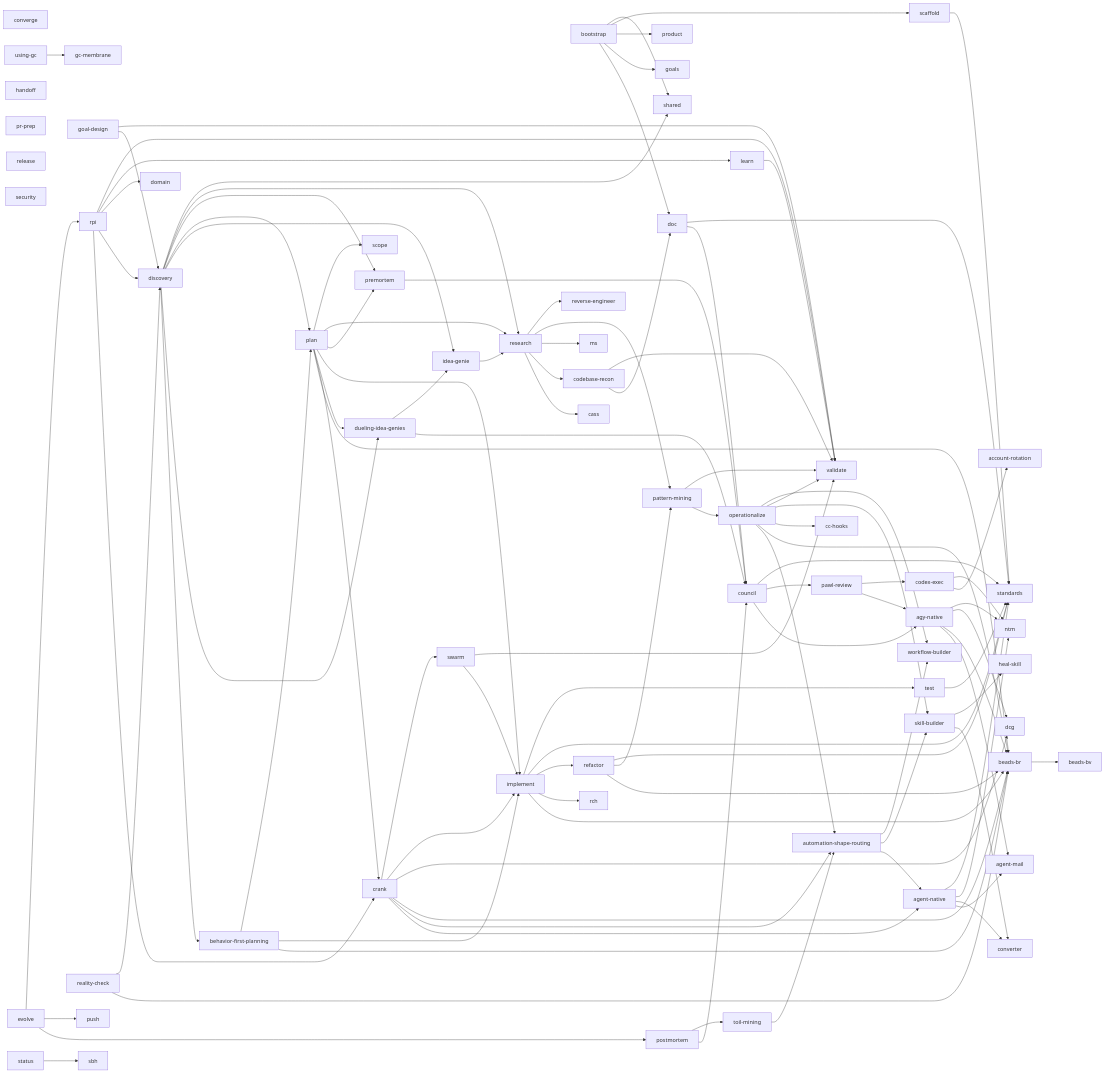
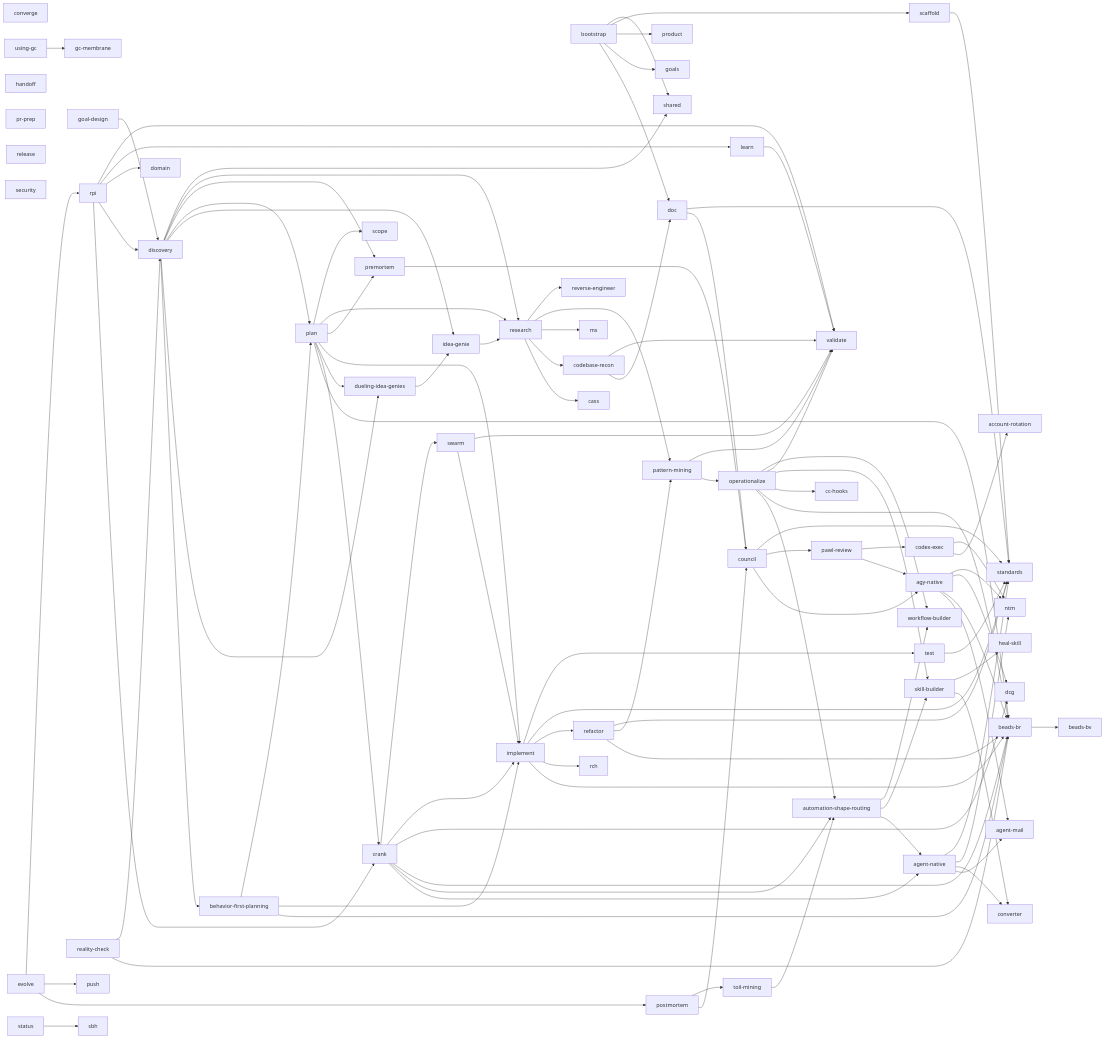
One commit to boshu2/agentops changed the first of 2 diagrams in docs/contracts/context-map.md. Above: the diagram before and after it, drawn with Mermaid. The commit also changed other lines of this file and 184 other files, not shown here.

```diff
--- a/docs/contracts/context-map.md
+++ b/docs/contracts/context-map.md
@@ -203,13 +203,11 @@
   discovery --> shared
   doc --> council
   doc --> standards
-  dueling_idea_genies --> council
   dueling_idea_genies --> idea_genie
   evolve --> postmortem
   evolve --> push
   evolve --> rpi
   goal_design --> discovery
-  goal_design --> validate
   idea_genie --> research
   implement --> beads_br
   implement --> rch
```
